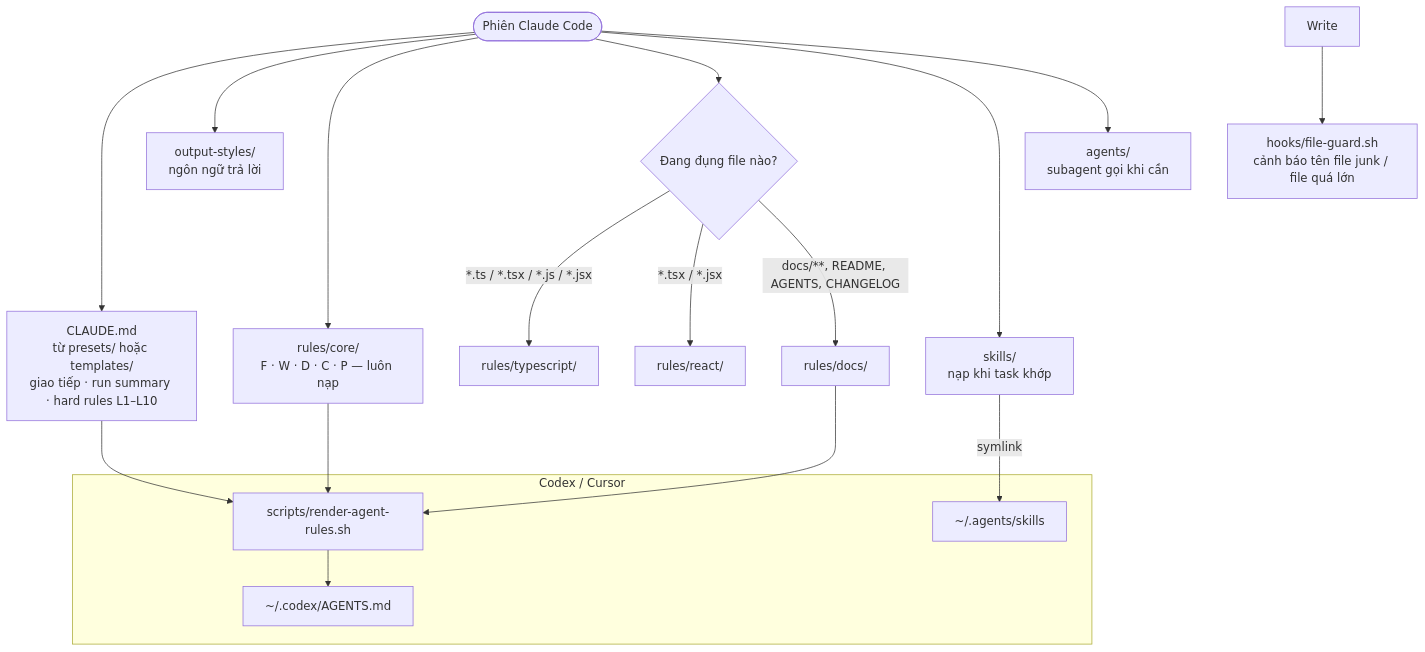
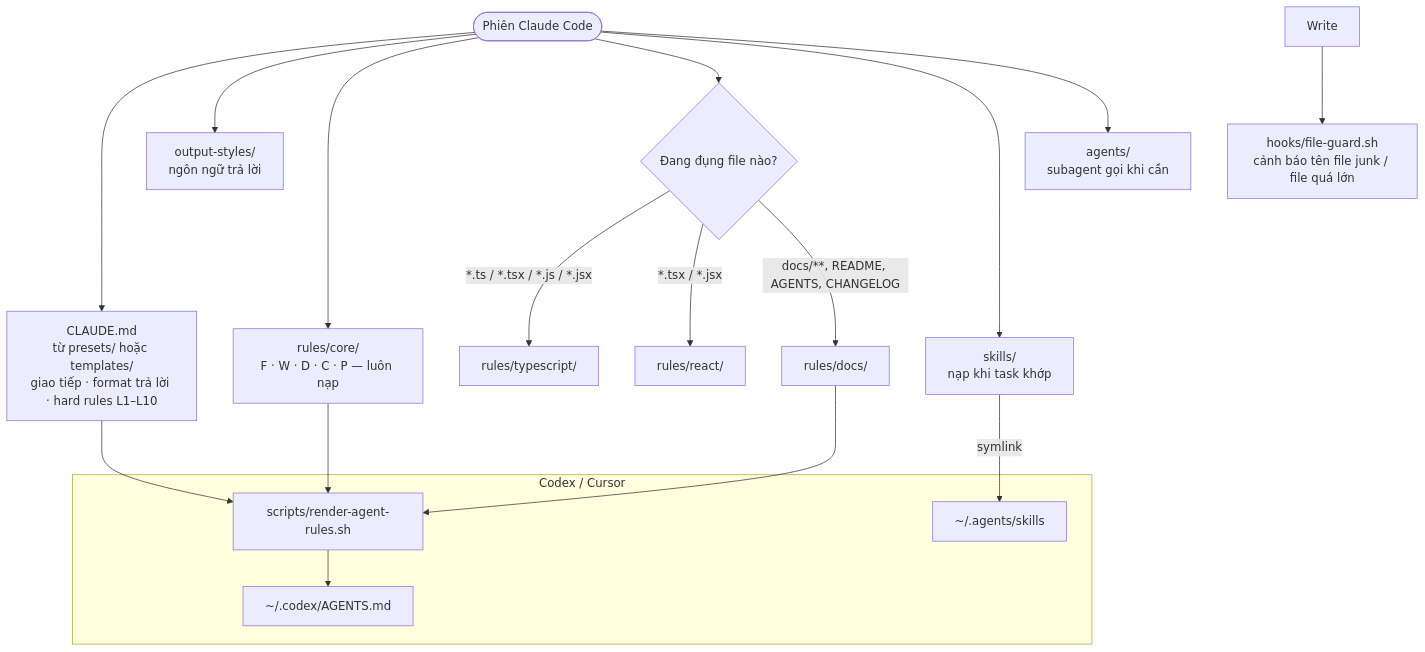
The diagram in README.md (mxrsv/agents-skills), drawn with Mermaid before and after one commit. The commit also changed other lines of this file and 20 other files, not shown here.

First line of the commit message:
refactor(rules): split specs from plans, drop D14, make CLAUDE.md optional

````diff
--- a/README.md
+++ b/README.md
@@ -7,19 +7,19 @@
 ```mermaid
 flowchart TD
-    S([Phiên Claude Code]) --> A["CLAUDE.md<br/>từ presets/ hoặc templates/<br/>giao tiếp · run summary · hard rules L1–L10"]
+    S([Phiên Claude Code]) --> A["CLAUDE.md<br/>từ presets/ hoặc templates/<br/>giao tiếp · format trả lời · hard rules L1–L10"]
     S --> O["output-styles/<br/>ngôn ngữ trả lời"]
     S --> C["rules/core/<br/>F · W · D · C · P — luôn nạp"]
     S --> T{"Đang đụng file nào?"}
     T -- "*.ts / *.tsx / *.js / *.jsx" --> TS["rules/typescript/"]
     T -- "*.tsx / *.jsx" --> R["rules/react/"]
     T -- "docs/**, README, AGENTS, CHANGELOG" --> D["rules/docs/"]
     S --> K["skills/<br/>nạp khi task khớp"]
     S --> AG["agents/<br/>subagent gọi khi cần"]
     WR["Write"] --> H["hooks/file-guard.sh<br/>cảnh báo tên file junk / file quá lớn"]
     subgraph CX["Codex / Cursor"]
         G["scripts/render-agent-rules.sh"] --> X["~/.codex/AGENTS.md"]
         L["~/.agents/skills"]
     end
     A & C & D --> G
     K -- symlink --> L
 ```
````
